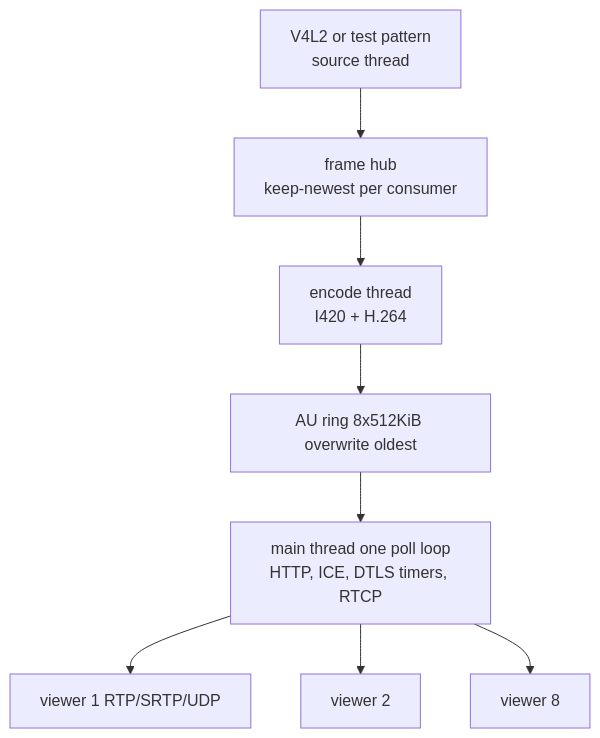
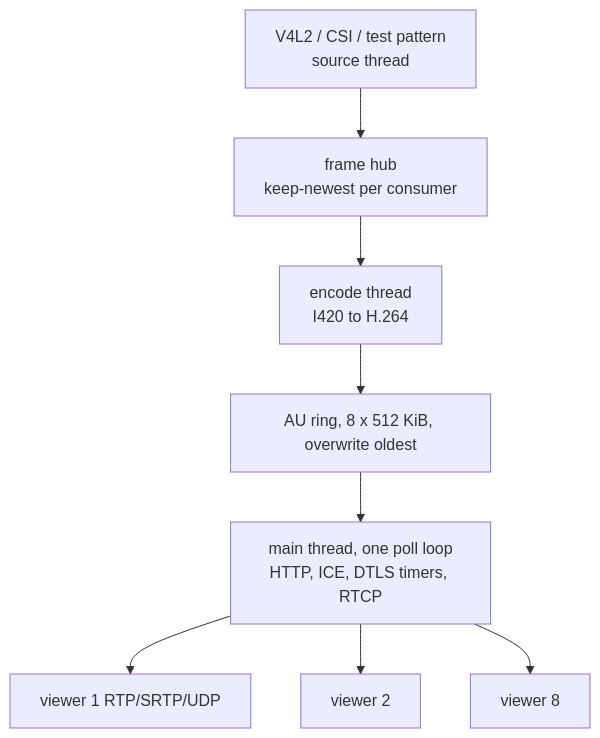
One commit to salman-cc/cam changed the first of 2 diagrams in README.md. Above: the diagram before and after it, drawn with Mermaid. The commit also changed other lines of this file and 1 other file, not shown here.

````diff
--- a/README.md
+++ b/README.md
@@ -498,10 +236,10 @@
 ```mermaid
 flowchart TB
-    SRC["V4L2 or test pattern\nsource thread"] --> HUB["frame hub\nkeep-newest per consumer"]
-    HUB --> ENC["encode thread\nI420 + H.264"]
-    ENC --> RING["AU ring 8x512KiB overwrite oldest"]
-    RING --> MAIN["main thread one poll loop\nHTTP, ICE, DTLS timers, RTCP"]
+    SRC["V4L2 / CSI / test pattern\nsource thread"] --> HUB["frame hub\nkeep-newest per consumer"]
+    HUB --> ENC["encode thread\nI420 to H.264"]
+    ENC --> RING["AU ring, 8 x 512 KiB, overwrite oldest"]
+    RING --> MAIN["main thread, one poll loop\nHTTP, ICE, DTLS timers, RTCP"]
     MAIN --> V1["viewer 1 RTP/SRTP/UDP"]
     MAIN --> V2["viewer 2"]
     MAIN --> VN["viewer 8"]
 ```
````
